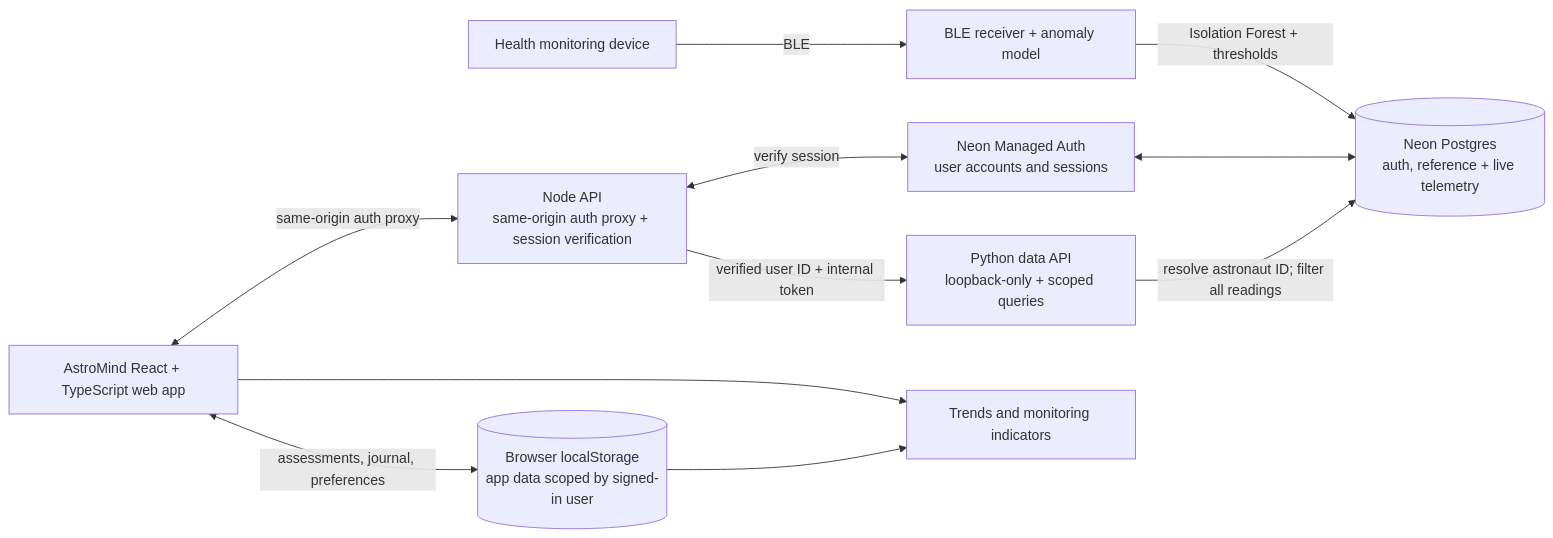
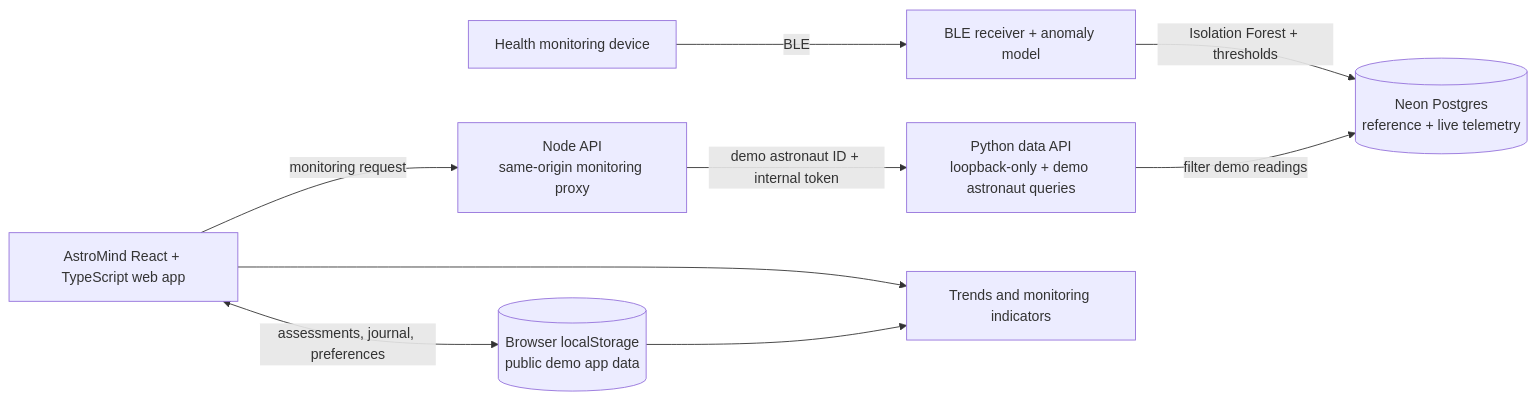
The first of 2 diagrams in ARCHITECTURE_WORKFLOW.md (Bhakti-Ruparel/Astronaut-Health-Problems), drawn with Mermaid before and after one commit. The commit also changed other lines of this file and 18 other files, not shown here.

Commit message:
Remove credential login for public demo

````diff
--- a/ARCHITECTURE_WORKFLOW.md
+++ b/ARCHITECTURE_WORKFLOW.md
@@ -7,22 +7,19 @@
 ```mermaid
 flowchart LR
     H[Health monitoring device]
     BLE[BLE receiver + anomaly model]
     UI[AstroMind React + TypeScript web app]
-    API[Node API<br/>same-origin auth proxy + session verification]
-    DATA[Python data API<br/>loopback-only + scoped queries]
-    AUTH[Neon Managed Auth<br/>user accounts and sessions]
-    DB[(Neon Postgres<br/>auth, reference + live telemetry)]
-    LOCAL[(Browser localStorage<br/>app data scoped by signed-in user)]
+    API[Node API<br/>same-origin monitoring proxy]
+    DATA[Python data API<br/>loopback-only + demo astronaut queries]
+    DB[(Neon Postgres<br/>reference + live telemetry)]
+    LOCAL[(Browser localStorage<br/>public demo app data)]
 
     H -->|BLE| BLE
     BLE -->|Isolation Forest + thresholds| DB
-    UI <-->|same-origin auth proxy| API
-    API <-->|verify session| AUTH
-    AUTH <--> DB
-    API -->|verified user ID + internal token| DATA
-    DATA -->|resolve astronaut ID; filter all readings| DB
+    UI -->|monitoring request| API
+    API -->|demo astronaut ID + internal token| DATA
+    DATA -->|filter demo readings| DB
     UI <-->|assessments, journal, preferences| LOCAL
     UI --> ALERTS[Trends and monitoring indicators]
     LOCAL --> ALERTS
 ```
````
